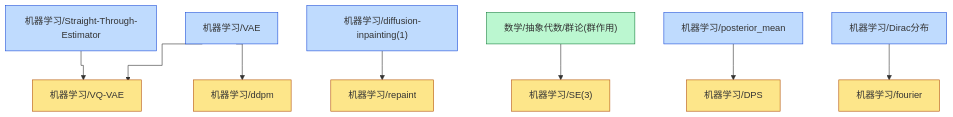
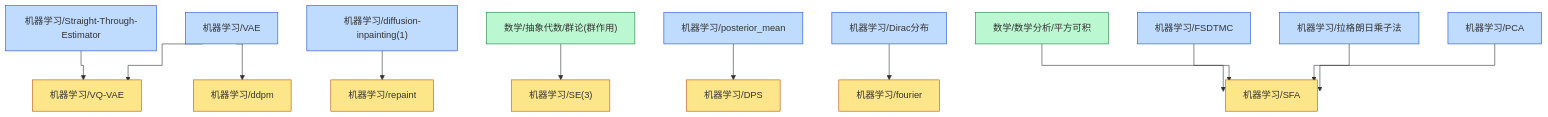
One commit to zeroDtree/zeroDtree.github.io changed the diagram in content/机器学习/dependency_graph.md. Above: the diagram before and after it, drawn with Mermaid. The commit also changed 13 other files, not shown here.

````diff
--- a/content/机器学习/dependency_graph.md
+++ b/content/机器学习/dependency_graph.md
@@ -1,29 +1,38 @@
 ```mermaid
 %%{init: {'flowchart': {'curve': 'stepAfter'}}}%%
 graph TD
 1["机器学习/VAE"] --> 0["机器学习/VQ-VAE"]
 2["机器学习/Straight-Through-Estimator"] --> 0["机器学习/VQ-VAE"]
 4["机器学习/diffusion-inpainting(1)"] --> 3["机器学习/repaint"]
 6["数学/抽象代数/群论(群作用)"] --> 5["机器学习/SE(3)"]
 1["机器学习/VAE"] --> 7["机器学习/ddpm"]
 9["机器学习/posterior_mean"] --> 8["机器学习/DPS"]
 11["机器学习/Dirac分布"] --> 10["机器学习/fourier"]
+13["机器学习/PCA"] --> 12["机器学习/SFA"]
+14["机器学习/拉格朗日乘子法"] --> 12["机器学习/SFA"]
+15["机器学习/FSDTMC"] --> 12["机器学习/SFA"]
+16["数学/数学分析/平方可积"] --> 12["机器学习/SFA"]
 classDef leaf fill:#fde68a,stroke:#b45309
-class 0,3,5,7,8,10 leaf
+class 0,3,5,7,8,10,12 leaf
 classDef root fill:#bfdbfe,stroke:#1d4ed8
-class 1,2,4,9,11 root
+class 1,2,4,9,11,13,14,15 root
 classDef foundationRoot fill:#bbf7d0,stroke:#15803d
-class 6 foundationRoot
+class 6,16 foundationRoot
 click 0 "/机器学习/vq-vae" "机器学习/VQ-VAE"
 click 1 "/机器学习/vae" "机器学习/VAE"
 click 2 "/机器学习/straight-through-estimator" "机器学习/Straight-Through-Estimator"
 click 3 "/机器学习/repaint" "机器学习/repaint"
 click 4 "/机器学习/diffusion-inpainting(1)" "机器学习/diffusion-inpainting(1)"
 click 5 "/机器学习/se(3)" "机器学习/SE(3)"
 click 6 "/数学/抽象代数/群论(群作用)" "数学/抽象代数/群论(群作用)"
 click 7 "/机器学习/ddpm" "机器学习/ddpm"
 click 8 "/机器学习/dps" "机器学习/DPS"
 click 9 "/机器学习/posterior_mean" "机器学习/posterior_mean"
 click 10 "/机器学习/fourier" "机器学习/fourier"
 click 11 "/机器学习/dirac分布" "机器学习/Dirac分布"
+click 12 "/机器学习/sfa" "机器学习/SFA"
+click 13 "/机器学习/pca" "机器学习/PCA"
+click 14 "/机器学习/拉格朗日乘子法" "机器学习/拉格朗日乘子法"
+click 15 "/机器学习/fsdtmc" "机器学习/FSDTMC"
+click 16 "/数学/数学分析/平方可积" "数学/数学分析/平方可积"
 ```
````
